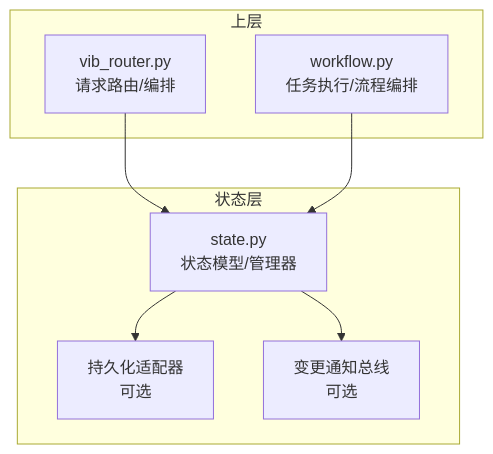
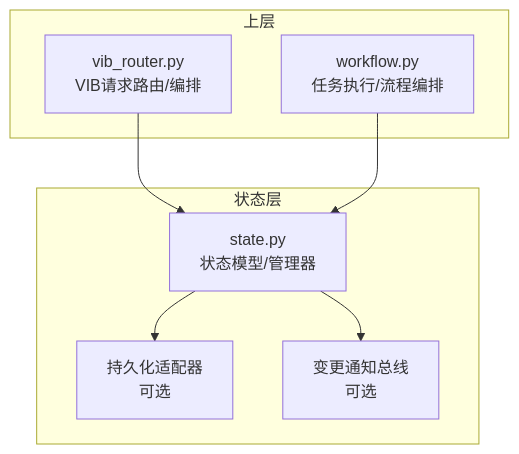
The second of 4 diagrams in .qoder/repowiki/zh/content/核心架构/状态管理模块.md (QuStarry/VIB-SparseCommunication), drawn with Mermaid before and after one commit. The commit also changed other lines of this file and 28 other files, not shown here.

````diff
--- a/.qoder/repowiki/zh/content/核心架构/状态管理模块.md
+++ b/.qoder/repowiki/zh/content/核心架构/状态管理模块.md
@@ -61,16 +68,16 @@
 ```mermaid
 graph TB
 subgraph "上层"
-R["vib_router.py<br/>请求路由/编排"]
+R["vib_router.py<br/>VIB请求路由/编排"]
 W["workflow.py<br/>任务执行/流程编排"]
 end
 subgraph "状态层"
 S["state.py<br/>状态模型/管理器"]
 P["持久化适配器<br/>可选"]
 N["变更通知总线<br/>可选"]
 end
 R --> S
 W --> S
 S --> P
 S --> N
 ```
````
